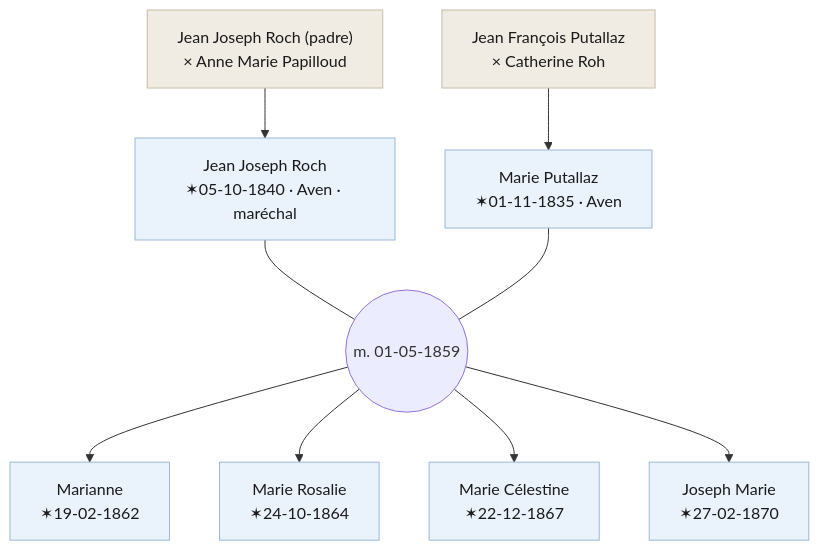
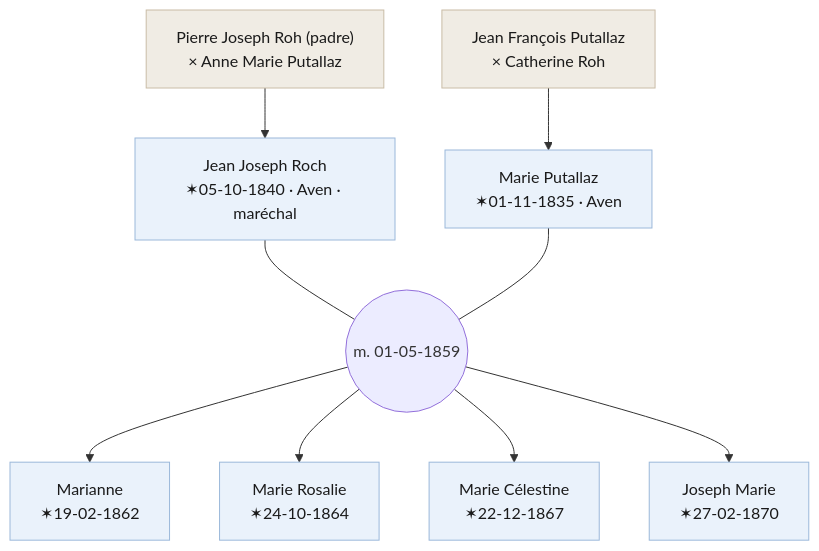
The sixth of 6 diagrams in content/posts/buscando-a-los-roh.md (cmzo/web-genealogia), drawn with Mermaid before and after one commit. The commit also changed other lines of this file and 3 other files, not shown here.

````diff
--- a/content/posts/buscando-a-los-roh.md
+++ b/content/posts/buscando-a-los-roh.md
@@ -301,21 +301,21 @@
 ```mermaid
 flowchart TD
-    AB["Jean Joseph Roch (padre)\n× Anne Marie Papilloud"]
+    AB["Pierre Joseph Roh (padre)\n× Anne Marie Putallaz"]
     PB["Jean François Putallaz\n× Catherine Roh"]
     JJR["Jean Joseph Roch\n✶05-10-1840 · Aven · maréchal"]
     MP["Marie Putallaz\n✶01-11-1835 · Aven"]
     m(("m. 01-05-1859"))
     AB --> JJR
     PB --> MP
     JJR --- m
     MP --- m
     MAR["Marianne\n✶19-02-1862"]
     ROS["Marie Rosalie\n✶24-10-1864"]
     CEL["Marie Célestine\n✶22-12-1867"]
     JM["Joseph Marie\n✶27-02-1870"]
     m --> MAR & ROS & CEL & JM
     classDef sw fill:#eaf2fb,stroke:#9bb8da,color:#1a1a1a
     classDef an fill:#f0ece4,stroke:#c9bca6,color:#1a1a1a
     class JJR,MP,MAR,ROS,CEL,JM sw
     class AB,PB an
 ```
````
